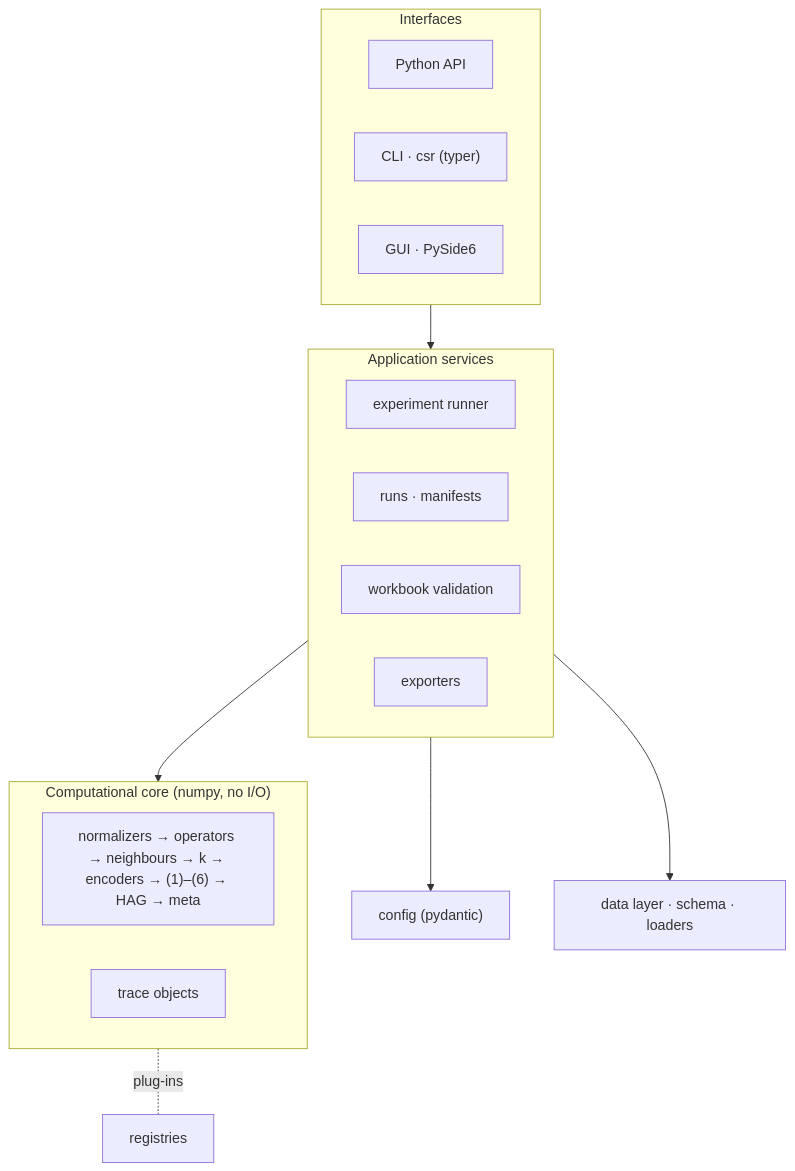
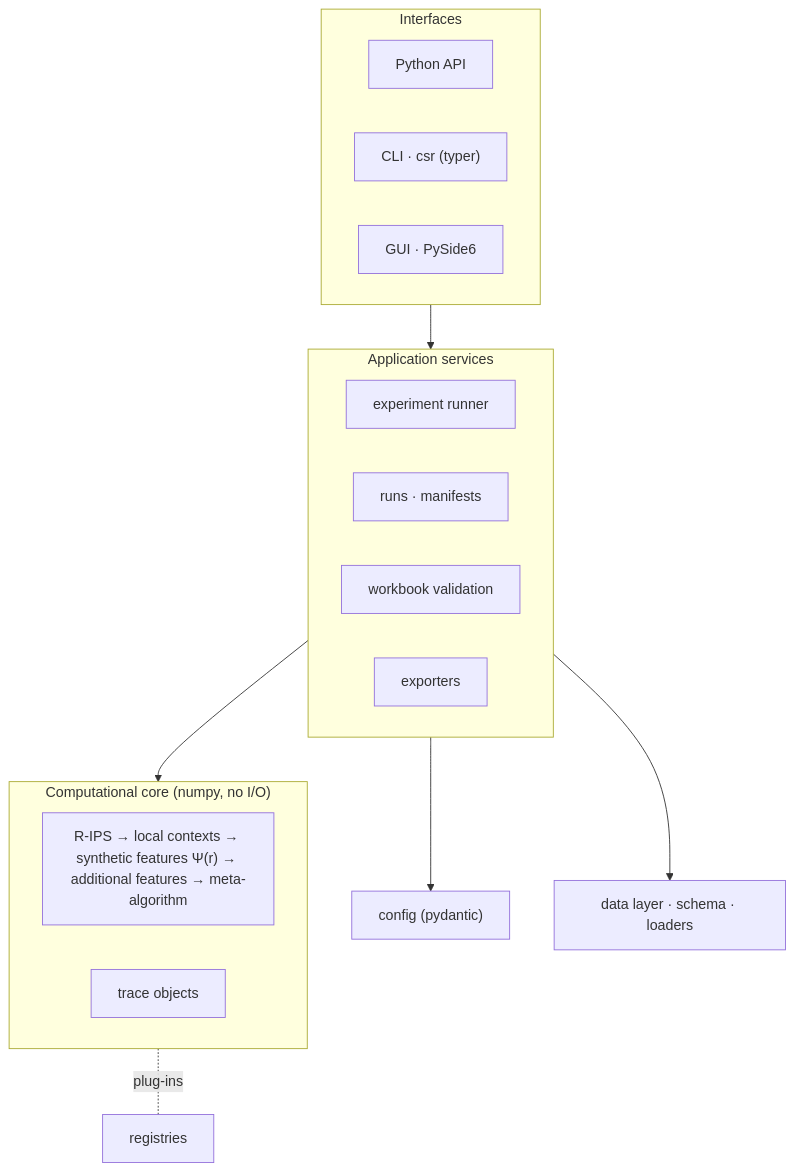
The first of 4 diagrams in docs/architecture.md (ktuhtabayev/context-synthetic-recognition), drawn with Mermaid before and after one commit. The commit also changed other lines of this file and 29 other files, not shown here.

````diff
--- a/docs/architecture.md
+++ b/docs/architecture.md
@@ -8,25 +9,25 @@
 ```mermaid
 flowchart TB
     subgraph interfaces["Interfaces"]
         api["Python API"]
         cli["CLI · csr (typer)"]
         gui["GUI · PySide6"]
     end
     subgraph services["Application services"]
         runner["experiment runner"]
         persist["runs · manifests"]
         validate["workbook validation"]
         export["exporters"]
     end
     subgraph core["Computational core (numpy, no I/O)"]
         direction LR
-        pipe["normalizers → operators → neighbours → k → encoders → (1)–(6) → HAG → meta"]
+        pipe["R-IPS → local contexts → synthetic features Ψ(r) → additional features → meta-algorithm"]
         trace["trace objects"]
     end
     config["config (pydantic)"]
     data["data layer · schema · loaders"]
     interfaces --> services --> core
     services --> data
     services --> config
     core -. "plug-ins" .- registry["registries"]
 ```
````
